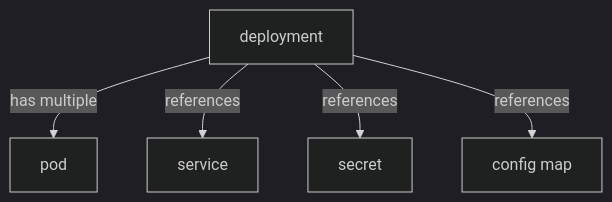
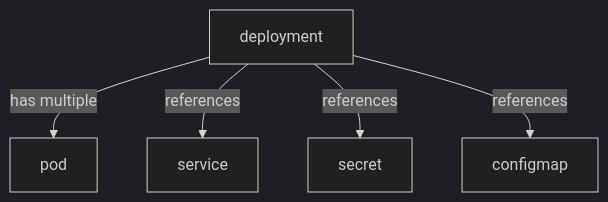
One commit to TR0N-ZEN/kubernetes changed the diagram in README.md. Above: the diagram before and after it, drawn with Mermaid (dark theme). The commit also changed other lines of this file and 6 other files, not shown here.

````diff
--- a/README.md
+++ b/README.md
@@ -1,7 +1,7 @@
 ```mermaid
 graph TD
 d[deployment] -->|has multiple| p[pod]
 d -->|references| se[service]
 d -->|references| sec[secret]
-d -->|references| cm[config map]
+d -->|references| cm[configmap]
 ```
````
